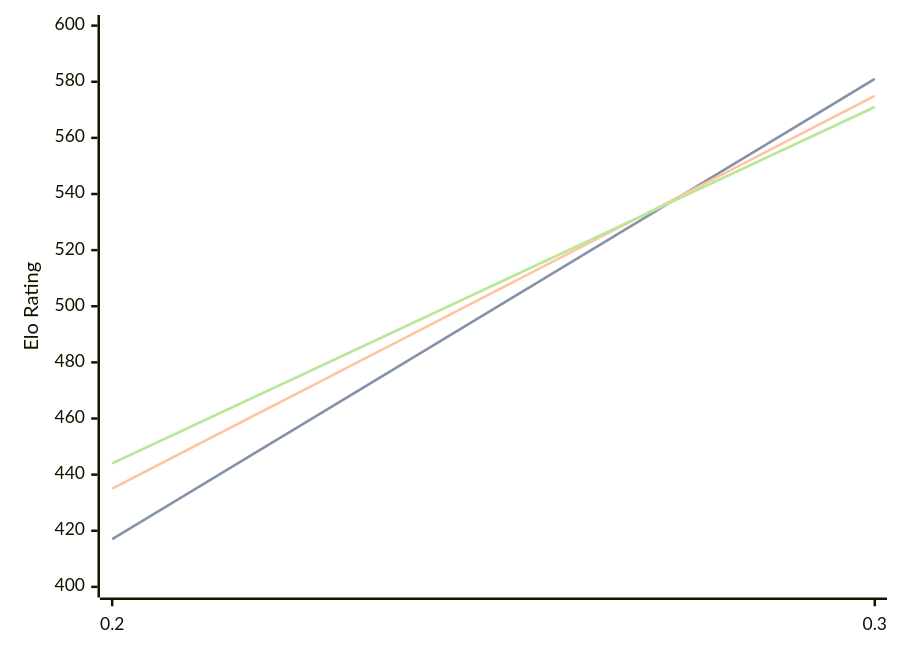
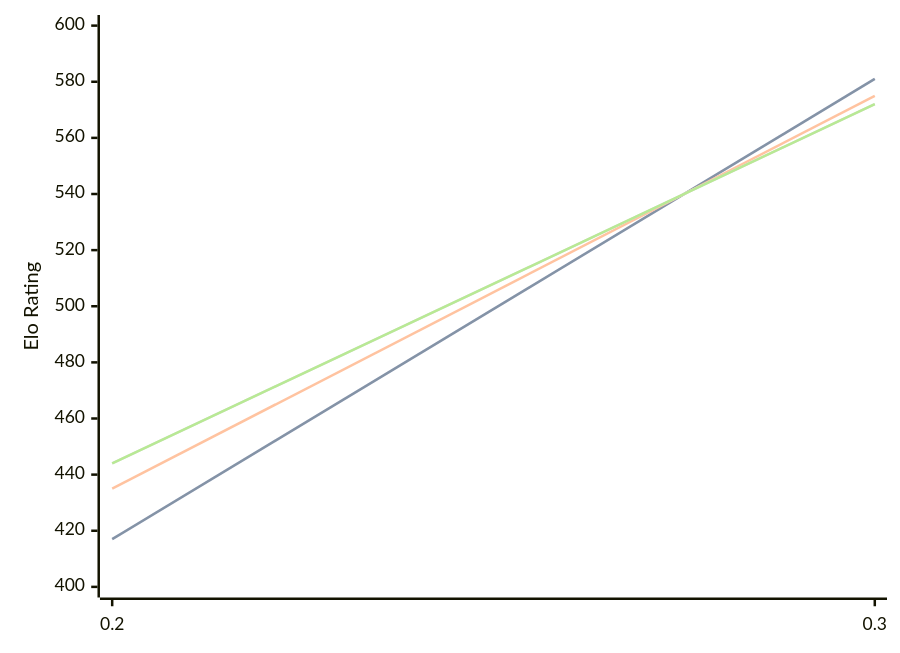
One commit to computer-chess-index/cci changed the diagram in engines/Magpie.md. Above: the diagram before and after it, drawn with Mermaid. The commit also changed other lines of this file, not shown here.

Commit message:
Update CCI Ratings (ELO VLTC) - 2026-09-10

````diff
--- a/engines/Magpie.md
+++ b/engines/Magpie.md
@@ -32,11 +32,11 @@
 ```mermaid
 %%{init: {"theme":"base","themeVariables":{"seriesColors:['#a3a3a3','#222221','#faa371']}}}%%
 xychart-beta
   x-axis ["0.2", "0.3"]
   y-axis "Elo Rating" 400 --> 600
   line "" [417, 581]
   line "STC (8.0+0.08s)" [417, 581]
   line "LTC (60.0+0.60s)" [435, 575]
-  line "" [444, 571]
-  line "VLTC (2m24s+1.12s)" [444, 571]
+  line "" [444, 572]
+  line "VLTC (2m24s+1.12s)" [444, 572]
 ```
````
